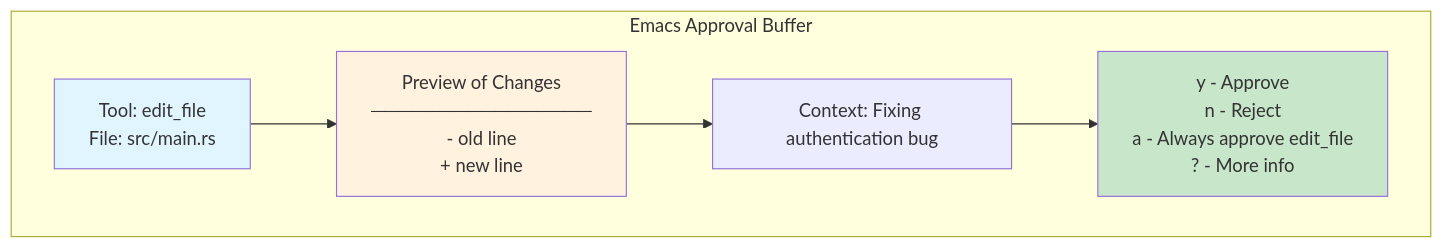
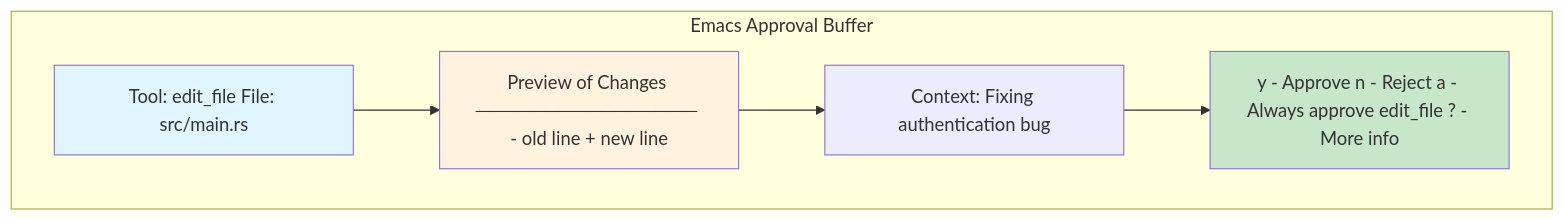
Before and after one commit to softwarewrighter/emacs-agent: the sixth of 7 diagrams in wiki/Tool-System.md, drawn with Mermaid. The commit also changed other lines of this file and 7 other files, not shown here.

First line of the commit message:
Fix wiki Mermaid diagrams: remove <br/> tags

````diff
--- a/wiki/Tool-System.md
+++ b/wiki/Tool-System.md
@@ -298,17 +298,17 @@
 ```mermaid
 graph TB
     subgraph "Emacs Approval Buffer"
-        HEADER[Tool: edit_file<br/>File: src/main.rs]
-        PREVIEW[Preview of Changes<br/>────────────────<br/>- old line<br/>+ new line]
+        HEADER[Tool: edit_file File: src/main.rs]
+        PREVIEW[Preview of Changes ──────────────── - old line + new line]
         CONTEXT[Context: Fixing authentication bug]
-        ACTIONS[y - Approve<br/>n - Reject<br/>a - Always approve edit_file<br/>? - More info]
+        ACTIONS[y - Approve n - Reject a - Always approve edit_file ? - More info]
     end
 
     HEADER --> PREVIEW
     PREVIEW --> CONTEXT
     CONTEXT --> ACTIONS
 
     style HEADER fill:#e1f5ff
     style PREVIEW fill:#fff3e0
     style ACTIONS fill:#c8e6c9
 ```
````
